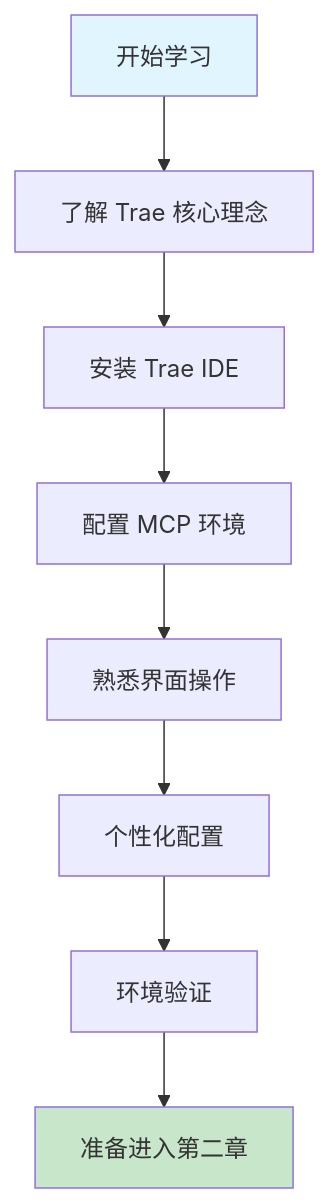
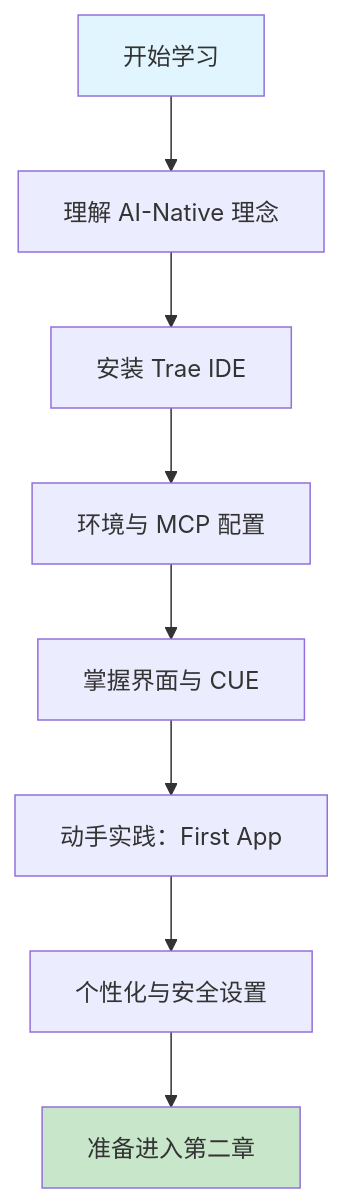
One commit to ForceInjection/AI-fundamentals changed the diagram in 10_ai_related_course/trae/第一部分-Trae基础入门/第一章-Trae简介与环境配置.md. Above: the diagram before and after it, drawn with Mermaid. The commit also changed other lines of this file and 4 other files, not shown here.

````diff
--- a/10_ai_related_course/trae/第一部分-Trae基础入门/第一章-Trae简介与环境配置.md
+++ b/10_ai_related_course/trae/第一部分-Trae基础入门/第一章-Trae简介与环境配置.md
@@ -14,13 +15,13 @@
 ```mermaid
 graph TD
-    A[开始学习] --> B[了解 Trae 核心理念]
+    A[开始学习] --> B[理解 AI-Native 理念]
     B --> C[安装 Trae IDE]
-    C --> D[配置 MCP 环境]
-    D --> E[熟悉界面操作]
-    E --> F[个性化配置]
-    F --> G[环境验证]
+    C --> D[环境与 MCP 配置]
+    D --> E[掌握界面与 CUE]
+    E --> F[动手实践：First App]
+    F --> G[个性化与安全设置]
     G --> H[准备进入第二章]
-    
+
     style A fill:#e1f5fe
     style H fill:#c8e6c9
 ```
````
